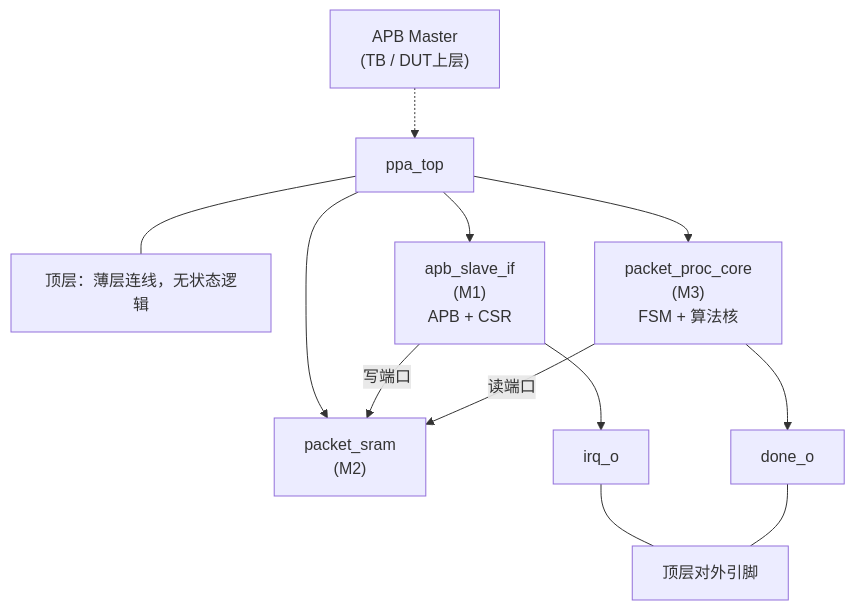
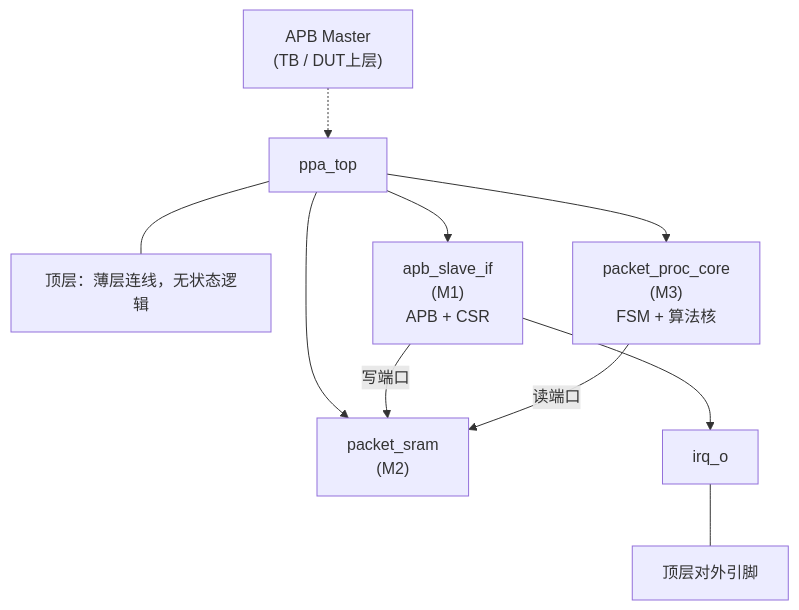
One commit to AArlert/ppa-lite-copilot changed the first of 2 diagrams in doc/spec.md. Above: the diagram before and after it, drawn with Mermaid. The commit also changed other lines of this file and 34 other files, not shown here.

````diff
--- a/doc/spec.md
+++ b/doc/spec.md
@@ -120,30 +122,27 @@
 ```mermaid
 flowchart TB
     A["APB Master<br/>(TB / DUT上层)"]
     T["ppa_top"]
     N["顶层：薄层连线，无状态逻辑"]
 
     M1["apb_slave_if<br/>(M1)<br/>APB + CSR"]
     M2["packet_sram<br/>(M2)"]
     M3["packet_proc_core<br/>(M3)<br/>FSM + 算法核"]
 
     IRQ["irq_o"]
-    DONE["done_o"]
     EXT["顶层对外引脚"]
 
     A -.-> T
     T --- N
 
     T --> M1
     T --> M2
     T --> M3
 
     M1 -- 写端口 --> M2
     M3 -- 读端口 --> M2
 
     M1 --> IRQ
-    M3 --> DONE
 
     IRQ --- EXT
-    DONE --- EXT
 ```
````
